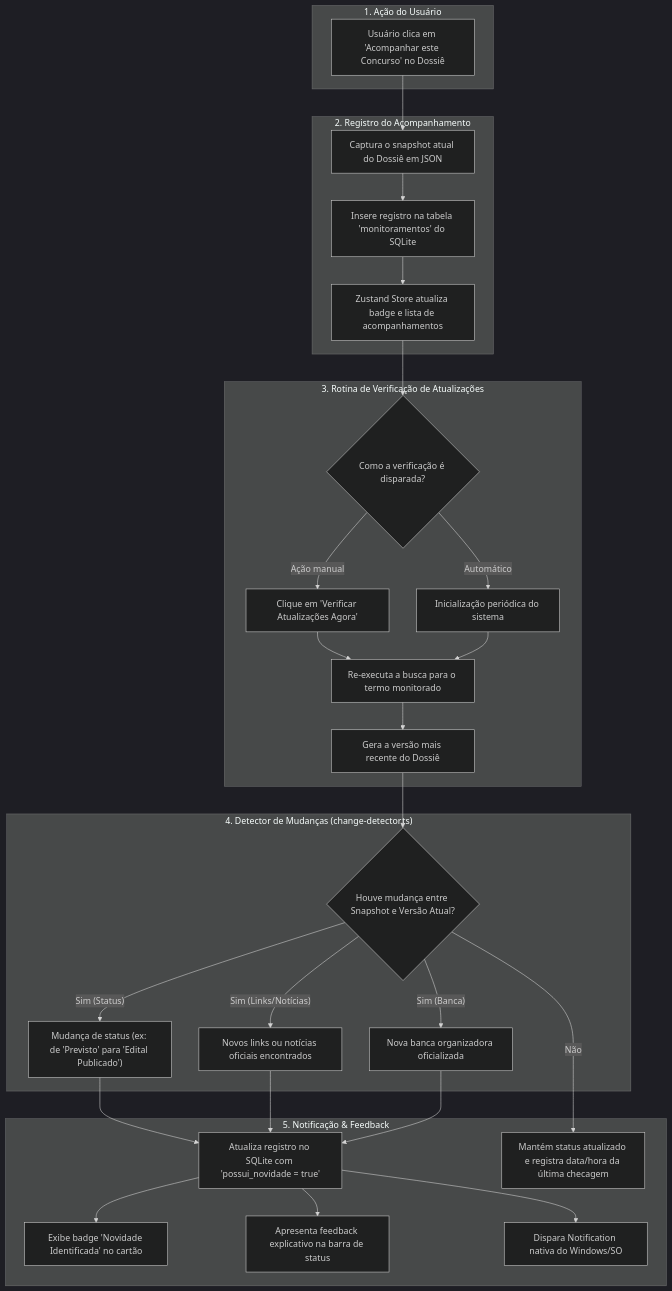
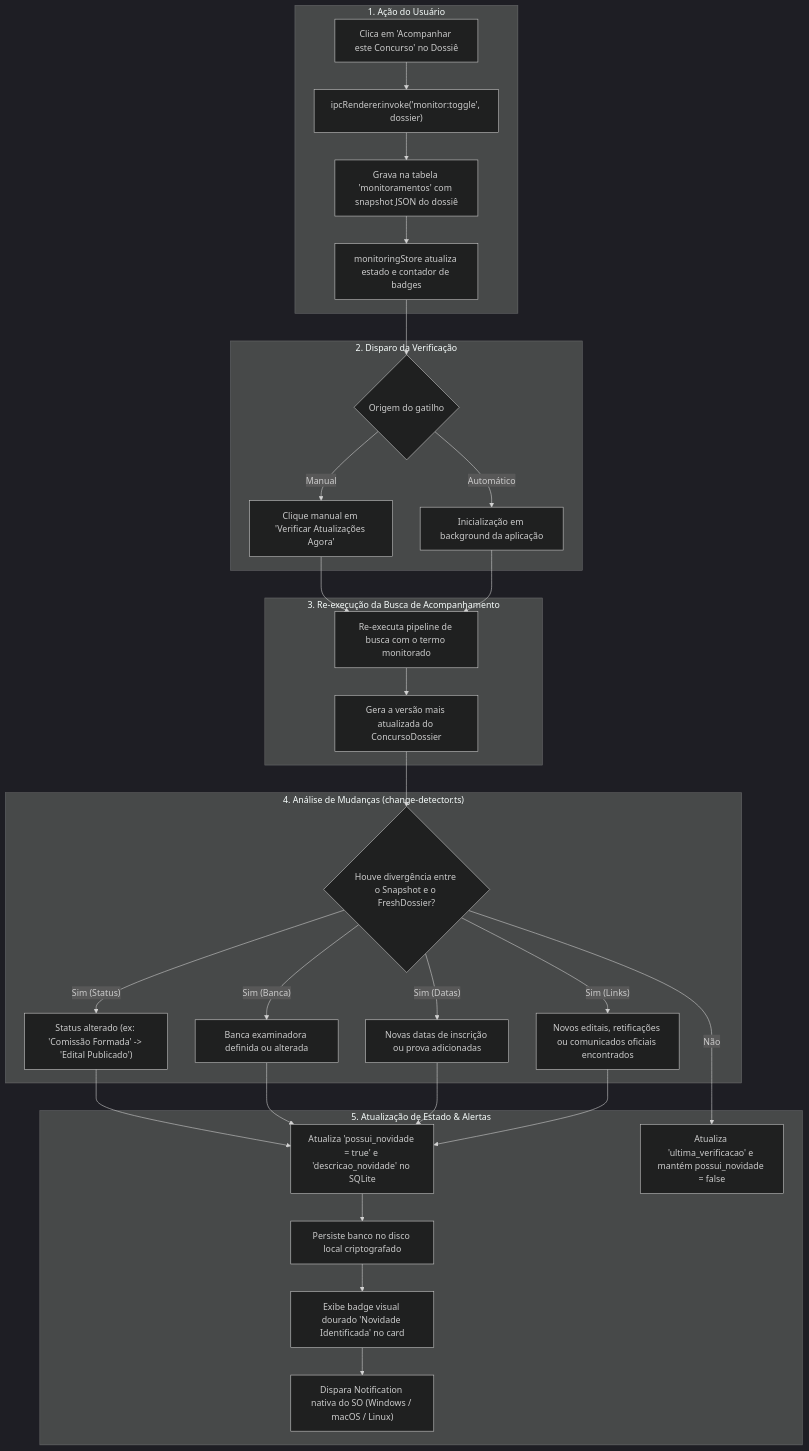
The fifth of 6 diagrams in docs/fluxogramas.md (devitor-oliveira/infoconcursos), drawn with Mermaid (dark theme) before and after one commit. The commit also changed other lines of this file and 52 other files, not shown here.

````diff
--- a/docs/fluxogramas.md
+++ b/docs/fluxogramas.md
@@ -149,51 +307,51 @@
 ```mermaid
 flowchart TD
-    subgraph AcaoUsuario ["1. Ação do Usuário"]
-        BtnAcompanhar["Usuário clica em 'Acompanhar este Concurso' no Dossiê"]
+    subgraph Favoritar ["1. Ação do Usuário"]
+        ClickBtn["Clica em 'Acompanhar este Concurso' no Dossiê"]
+        IPCAdd["ipcRenderer.invoke('monitor:toggle', dossier)"]
+        SaveMonTable["Grava na tabela 'monitoramentos' com snapshot JSON do dossiê"]
+        UpdateStore["monitoringStore atualiza estado e contador de badges"]
     end
 
-    subgraph Gravacao ["2. Registro do Acompanhamento"]
-        SnapshotJSON["Captura o snapshot atual do Dossiê em JSON"]
-        InsertMonitor["Insere registro na tabela 'monitoramentos' do SQLite"]
-        UpdateUIState["Zustand Store atualiza badge e lista de acompanhamentos"]
+    subgraph DisparoChecagem ["2. Disparo da Verificação"]
+        TriggerType{"Origem do gatilho"}
+        ManualClick["Clique manual em 'Verificar Atualizações Agora'"]
+        AppWarmup["Inicialização em background da aplicação"]
     end
 
-    subgraph Verificacao ["3. Rotina de Verificação de Atualizações"]
-        Gatilho{"Como a verificação é disparada?"}
-        Manual["Clique em 'Verificar Atualizações Agora'"]
-        Background["Inicialização periódica do sistema"]
-        ReExecSearch["Re-executa a busca para o termo monitorado"]
-        NovoDossier["Gera a versão mais recente do Dossiê"]
+    subgraph ExecutaBusca ["3. Re-execução da Busca de Acompanhamento"]
+        QuerySearch["Re-executa pipeline de busca com o termo monitorado"]
+        FreshDossier["Gera a versão mais atualizada do ConcursoDossier"]
     end
 
-    subgraph Deteccao ["4. Detector de Mudanças (change-detector.ts)"]
-        Diff{"Houve mudança entre Snapshot e Versão Atual?"}
-        DiffStatus["Mudança de status (ex: de 'Previsto' para 'Edital Publicado')"]
-        DiffLinks["Novos links ou notícias oficiais encontrados"]
-        DiffBanca["Nova banca organizadora oficializada"]
+    subgraph DetectorDiff ["4. Análise de Mudanças (change-detector.ts)"]
+        Compare{"Houve divergência entre o Snapshot e o FreshDossier?"}
+        DiffStatus["Status alterado (ex: 'Comissão Formada' -> 'Edital Publicado')"]
+        DiffBanca["Banca examinadora definida ou alterada"]
+        DiffDates["Novas datas de inscrição ou prova adicionadas"]
+        DiffLinks["Novos editais, retificações ou comunicados oficiais encontrados"]
     end
 
-    subgraph Notificacao ["5. Notificação & Feedback"]
-        AtualizaMonitor["Atualiza registro no SQLite com 'possui_novidade = true'"]
-        BadgeUI["Exibe badge 'Novidade Identificada' no cartão"]
-        Toast["Apresenta feedback explicativo na barra de status"]
-        DesktopNotif["Dispara Notification nativa do Windows/SO"]
-        SemNovidade["Mantém status atualizado e registra data/hora da última checagem"]
+    subgraph NotificacaoUI ["5. Atualização de Estado & Alertas"]
+        FlagNovidade["Atualiza 'possui_novidade = true' e 'descricao_novidade' no SQLite"]
+        PersistDisk["Persiste banco no disco local criptografado"]
+        BadgeUI["Exibe badge visual dourado 'Novidade Identificada' no card"]
+        NativeToast["Dispara Notification nativa do SO (Windows / macOS / Linux)"]
+        NoChange["Atualiza 'ultima_verificacao' e mantém possui_novidade = false"]
     end
 
-    BtnAcompanhar --> SnapshotJSON --> InsertMonitor --> UpdateUIState
-    UpdateUIState --> Gatilho
+    ClickBtn --> IPCAdd --> SaveMonTable --> UpdateStore
+    UpdateStore --> TriggerType
 
-    Gatilho -->|"Ação manual"| Manual --> ReExecSearch
-    Gatilho -->|"Automático"| Background --> ReExecSearch
+    TriggerType -->|"Manual"| ManualClick --> QuerySearch
+    TriggerType -->|"Automático"| AppWarmup --> QuerySearch
 
-    ReExecSearch --> NovoDossier --> Diff
-    Diff -->|"Sim (Status)"| DiffStatus --> AtualizaMonitor
-    Diff -->|"Sim (Links/Notícias)"| DiffLinks --> AtualizaMonitor
-    Diff -->|"Sim (Banca)"| DiffBanca --> AtualizaMonitor
-    Diff -->|"Não"| SemNovidade
+    QuerySearch --> FreshDossier --> Compare
+    Compare -->|"Sim (Status)"| DiffStatus --> FlagNovidade
+    Compare -->|"Sim (Banca)"| DiffBanca --> FlagNovidade
+    Compare -->|"Sim (Datas)"| DiffDates --> FlagNovidade
+    Compare -->|"Sim (Links)"| DiffLinks --> FlagNovidade
+    Compare -->|"Não"| NoChange
 
-    AtualizaMonitor --> BadgeUI
-    AtualizaMonitor --> Toast
-    AtualizaMonitor --> DesktopNotif
+    FlagNovidade --> PersistDisk --> BadgeUI --> NativeToast
 ```
````
